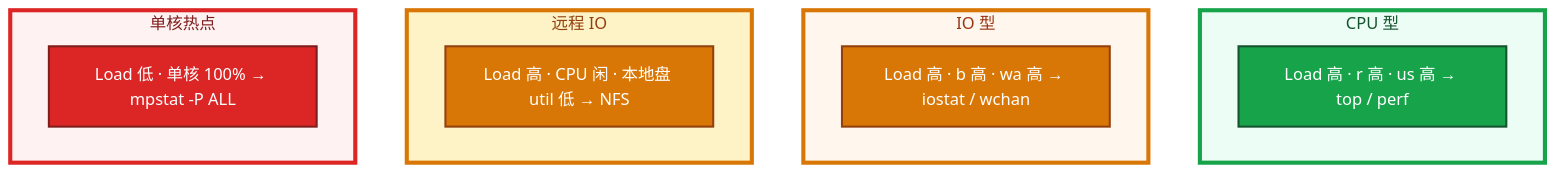
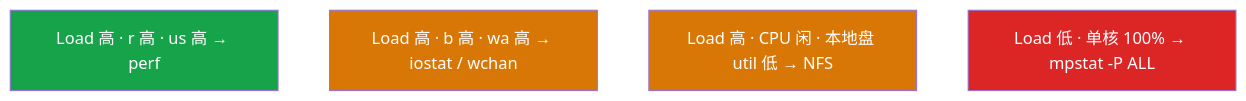
The third of 6 diagrams in 02-基础底座/03-CPU与Load/知识点.md (ml-cuizijun/LearnToLilith), drawn with Mermaid before and after one commit. The commit also changed other lines of this file and 213 other files, not shown here.

````diff
--- a/02-基础底座/03-CPU与Load/知识点.md
+++ b/02-基础底座/03-CPU与Load/知识点.md
@@ -121,27 +99,14 @@
 ```mermaid
 flowchart TB
-    subgraph t1 ["CPU 型"]
-        a1["Load 高 · r 高 · us 高 → top / perf"]
-    end
-    subgraph t2 ["IO 型"]
-        a2["Load 高 · b 高 · wa 高 → iostat / wchan"]
-    end
-    subgraph t3 ["远程 IO"]
-        a3["Load 高 · CPU 闲 · 本地盘 util 低 → NFS"]
-    end
-    subgraph t4 ["单核热点"]
-        a4["Load 低 · 单核 100% → mpstat -P ALL"]
-    end
+    t1["Load 高 · r 高 · us 高 → perf"] 
+    t2["Load 高 · b 高 · wa 高 → iostat / wchan"]
+    t3["Load 高 · CPU 闲 · 本地盘 util 低 → NFS"]
+    t4["Load 低 · 单核 100% → mpstat -P ALL"]
 
-    classDef ok fill:#16A34A,stroke:#14532D,stroke-width:2px,color:#fff
-    classDef io fill:#D97706,stroke:#92400E,stroke-width:2px,color:#fff
-    classDef hot fill:#DC2626,stroke:#7F1D1D,stroke-width:2px,color:#fff
-    class a1 ok
-    class a2,a3 io
-    class a4 hot
-
-    style t1 fill:#ECFDF5,stroke:#16A34A,stroke-width:4px,color:#14532D
-    style t2 fill:#FFF7ED,stroke:#D97706,stroke-width:4px,color:#9A3412
-    style t3 fill:#FEF3C7,stroke:#D97706,stroke-width:4px,color:#92400E
-    style t4 fill:#FEF2F2,stroke:#DC2626,stroke-width:4px,color:#7F1D1D
+    classDef ok fill:#16A34A,color:#fff
+    classDef io fill:#D97706,color:#fff
+    classDef hot fill:#DC2626,color:#fff
+    class t1 ok
+    class t2,t3 io
+    class t4 hot
 ```
````
